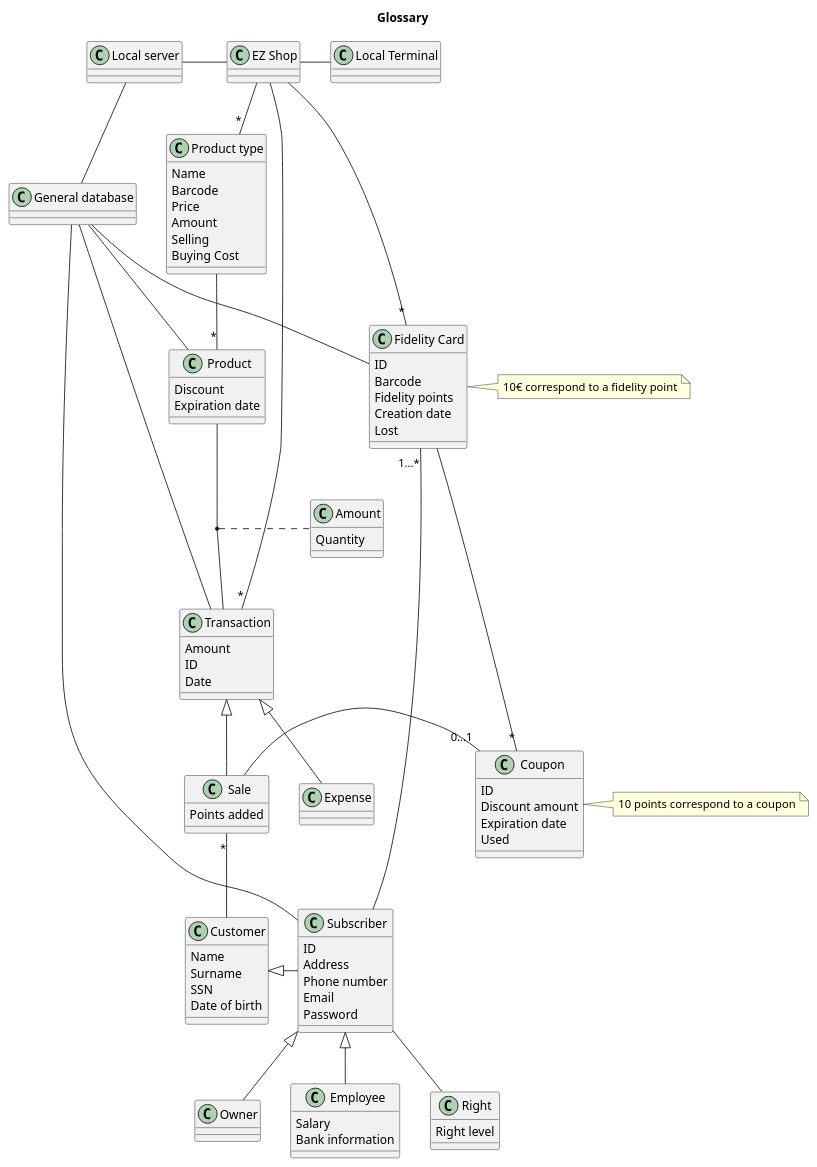
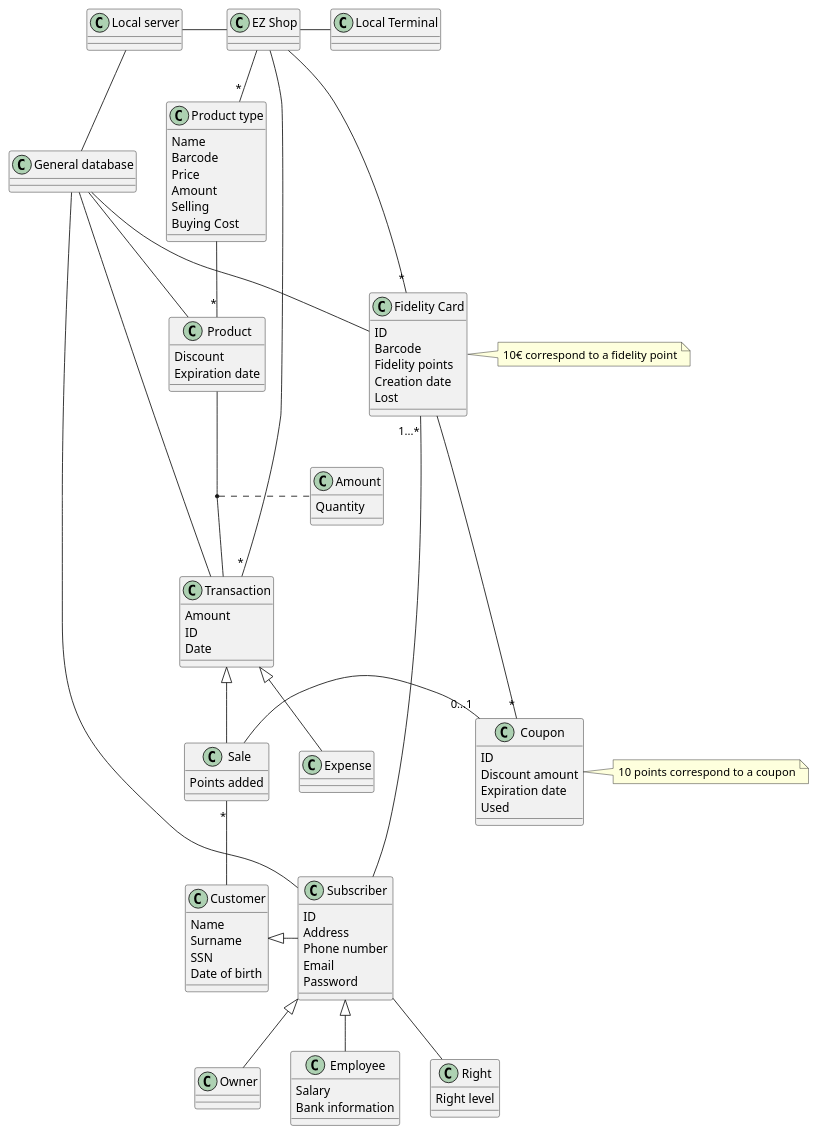
The fifth of 7 diagrams in Deliverables/RequirementsDocument.md (nicolabattaglino/ezshop), drawn with PlantUML before and after one commit. The commit also changed other lines of this file and 1 other file, not shown here.

````diff
--- a/Deliverables/RequirementsDocument.md
+++ b/Deliverables/RequirementsDocument.md
@@ -756,8 +756,5 @@
 ```plantuml
 @startuml
-
-title Glossary
-
 
 class "Subscriber" as subscriber{
 ID
````
